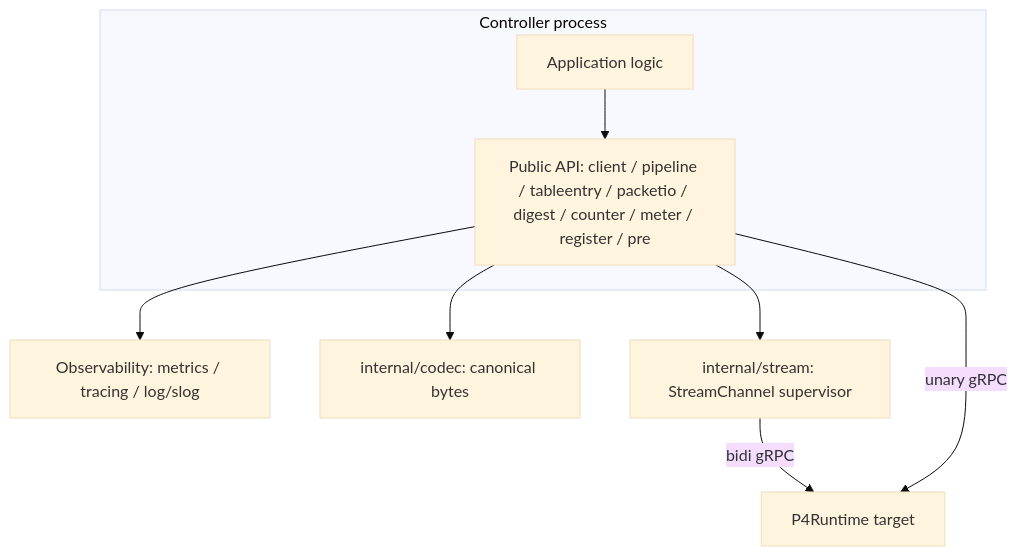
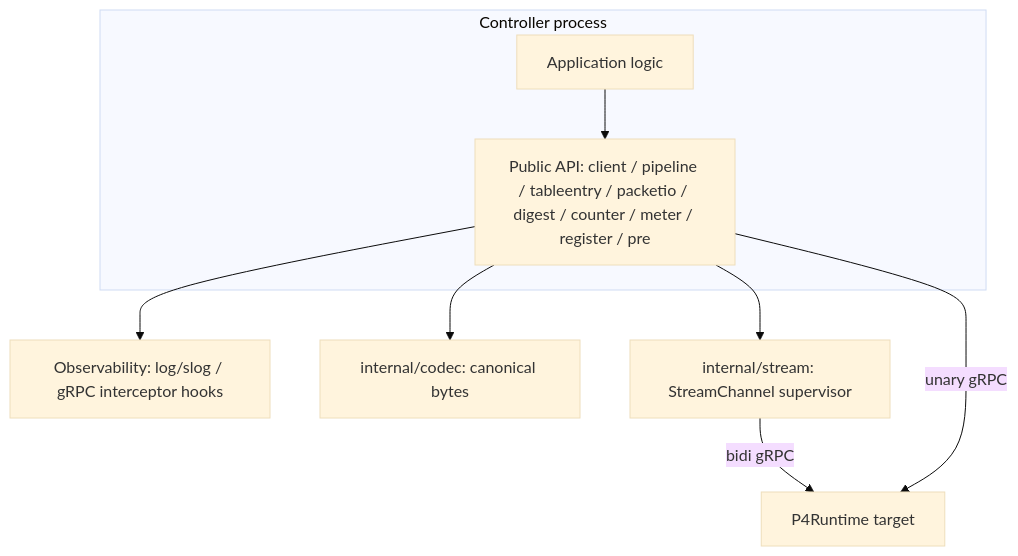
Before and after one commit to zhh2001/p4runtime-go-controller: the first of 5 diagrams in ARCHITECTURE.md, drawn with Mermaid (base theme). The commit also changed other lines of this file and 17 other files, not shown here.

````diff
--- a/ARCHITECTURE.md
+++ b/ARCHITECTURE.md
@@ -7,14 +7,14 @@
 ```mermaid
 flowchart TD
     subgraph User[Controller process]
         app[Application logic]
         app --> api[Public API: client / pipeline / tableentry / packetio / digest / counter / meter / register / pre]
     end
 
-    api --> obs[Observability: metrics / tracing / log/slog]
+    api --> obs[Observability: log/slog / gRPC interceptor hooks]
     api --> codec[internal/codec: canonical bytes]
     api --> stream[internal/stream: StreamChannel supervisor]
 
     stream -->|bidi gRPC| target[P4Runtime target]
     api -->|unary gRPC| target
 ```
````
